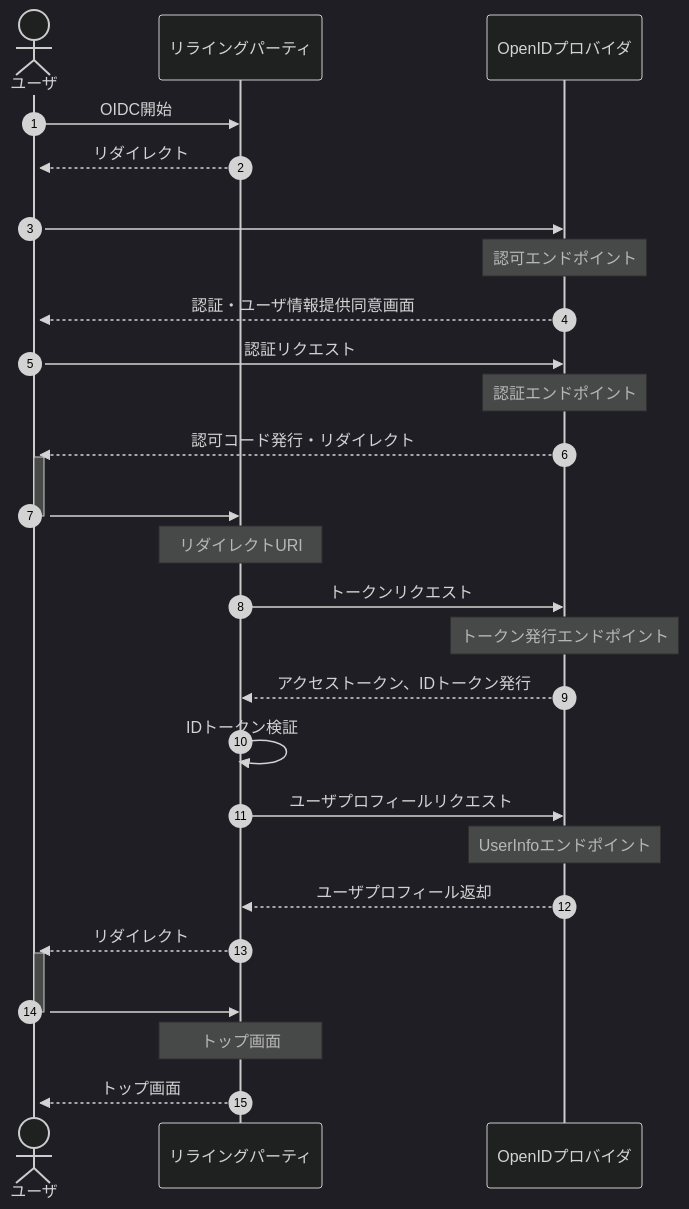
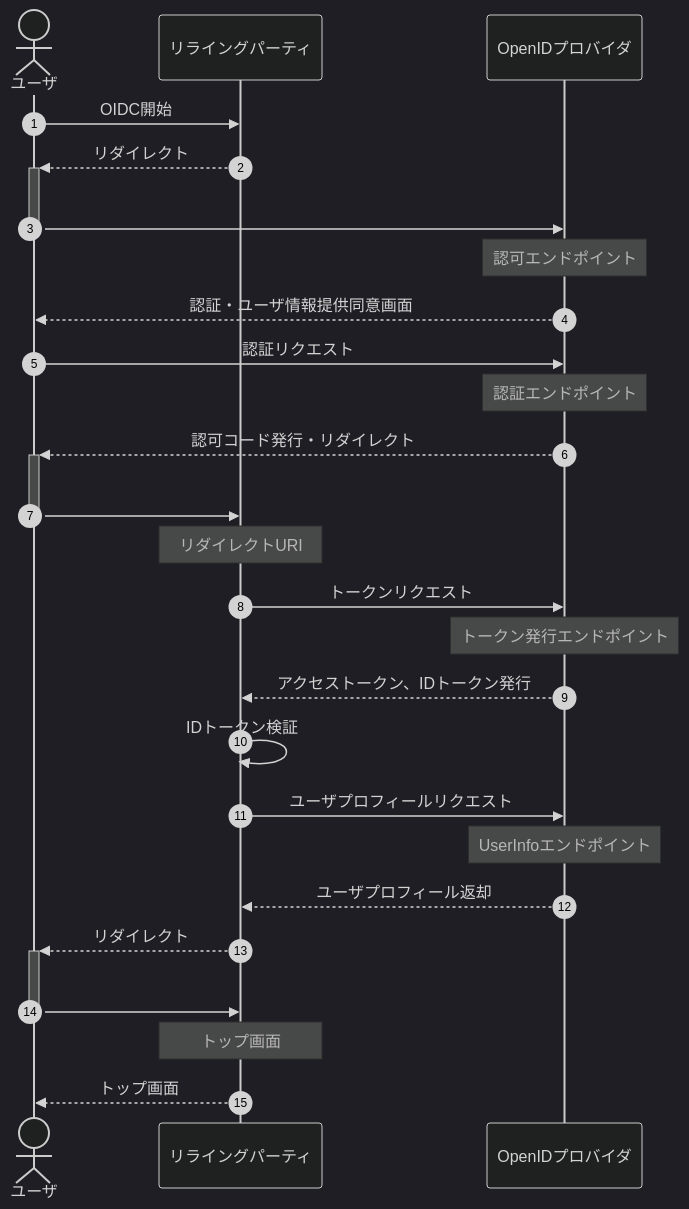
One commit to nob-islan/nob-openid-connect changed the diagram in docs/Business-sequence.md. Above: the diagram before and after it, drawn with Mermaid.

Commit message:
微修正

````diff
--- a/docs/Business-sequence.md
+++ b/docs/Business-sequence.md
@@ -3,30 +3,30 @@
 ```mermaid
 %%{init:{'theme':'dark'}}%%
 sequenceDiagram
 autonumber
     actor user as ユーザ
     participant relying_party as リライングパーティ
     participant oid_provider as OpenIDプロバイダ
 
     user->>relying_party: OIDC開始
     relying_party-->>+user: リダイレクト
-    user->>oid_provider: <br>
+    user->>-oid_provider: <br>
     Note over oid_provider: 認可エンドポイント
     oid_provider-->>user: 認証・ユーザ情報提供同意画面
     user->>oid_provider: 認証リクエスト
     Note over oid_provider: 認証エンドポイント
     oid_provider-->>+user: 認可コード発行・リダイレクト
     user->>-relying_party: <br>
     Note over relying_party: リダイレクトURI
     relying_party->>oid_provider: トークンリクエスト
     Note over oid_provider: トークン発行エンドポイント
     oid_provider-->>relying_party: アクセストークン、IDトークン発行
     relying_party->>relying_party: IDトークン検証
     relying_party->>oid_provider: ユーザプロフィールリクエスト
     Note over oid_provider: UserInfoエンドポイント
     oid_provider-->>relying_party: ユーザプロフィール返却
     relying_party-->>+user: リダイレクト
     user->>-relying_party: <br>
     Note over relying_party: トップ画面
     relying_party-->>user: トップ画面
 ```
````
